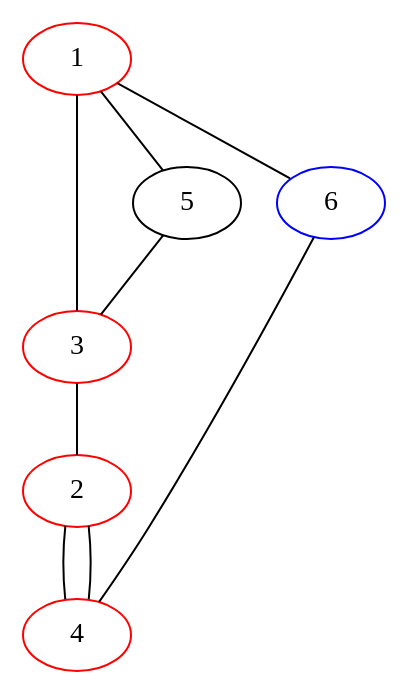
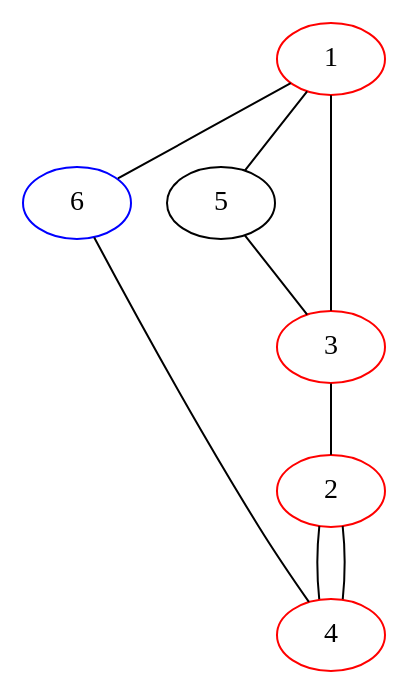
One commit to bilboquet/gamelib changed the diagram in sprouts/11312.dot. Above: the diagram before and after it, drawn with Graphviz. The commit also changed 12 other files, not shown here.

```diff
--- a/sprouts/11312.dot
+++ b/sprouts/11312.dot
@@ -1,22 +1,24 @@
 graph {
+  1 -- 6;
+  1 -- 5;
   1 -- 3 [weight=3];
-  3 -- 2 [weight=2];
-  2 -- 4 -- 2;
-  1 -- 5 -- 3;
-  1 -- 6;
+  3 -- 2 [weight=3];
+  2 -- 4;
+  2 -- 4;
+  5 -- 3;
   6 -- 4;
 
   {
     rank="same";
     5;
     6;
 
   }
 
   1 [color="red"];
   2 [color="red"];
   3 [color="red"];
   4 [color="red"];
   6 [color="blue"];
 
 }
```
